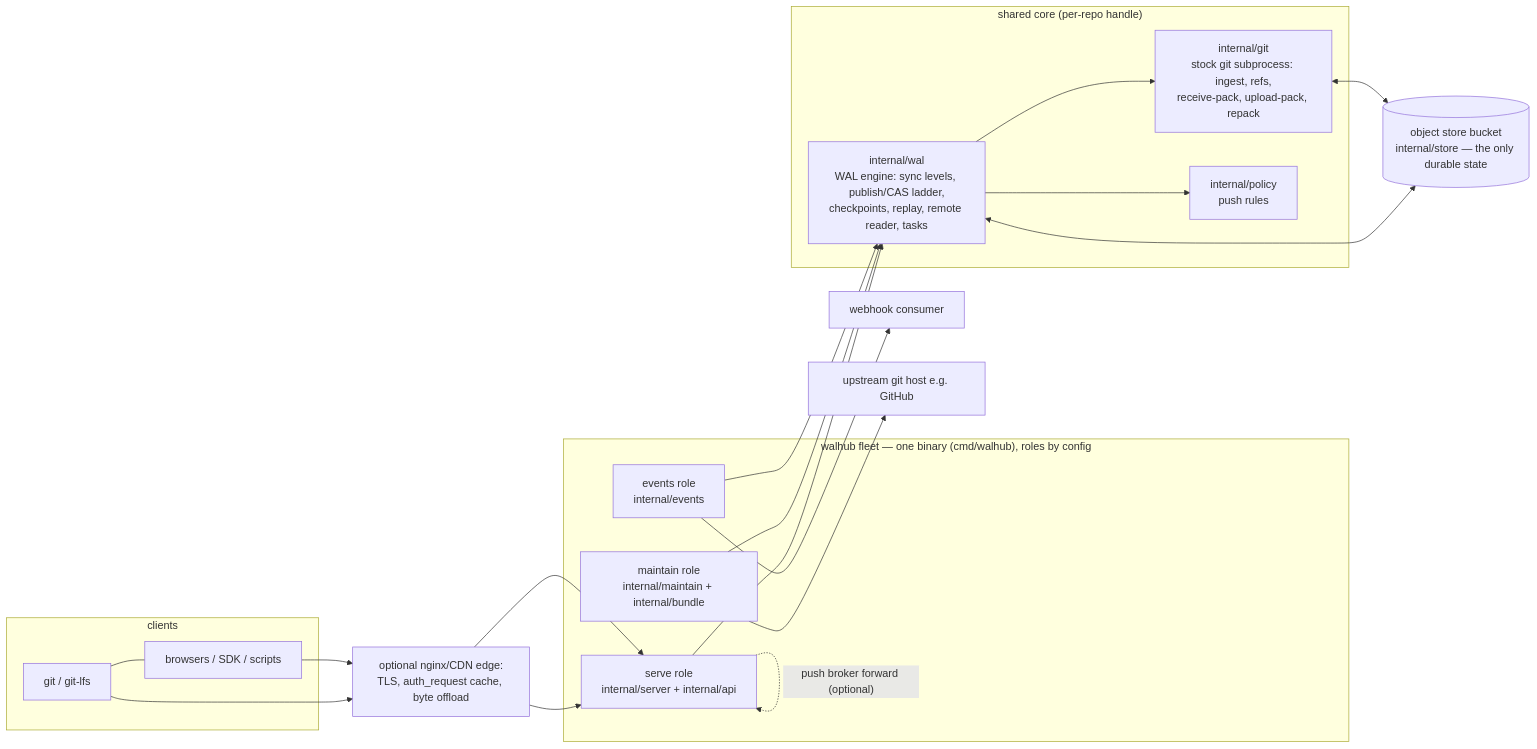
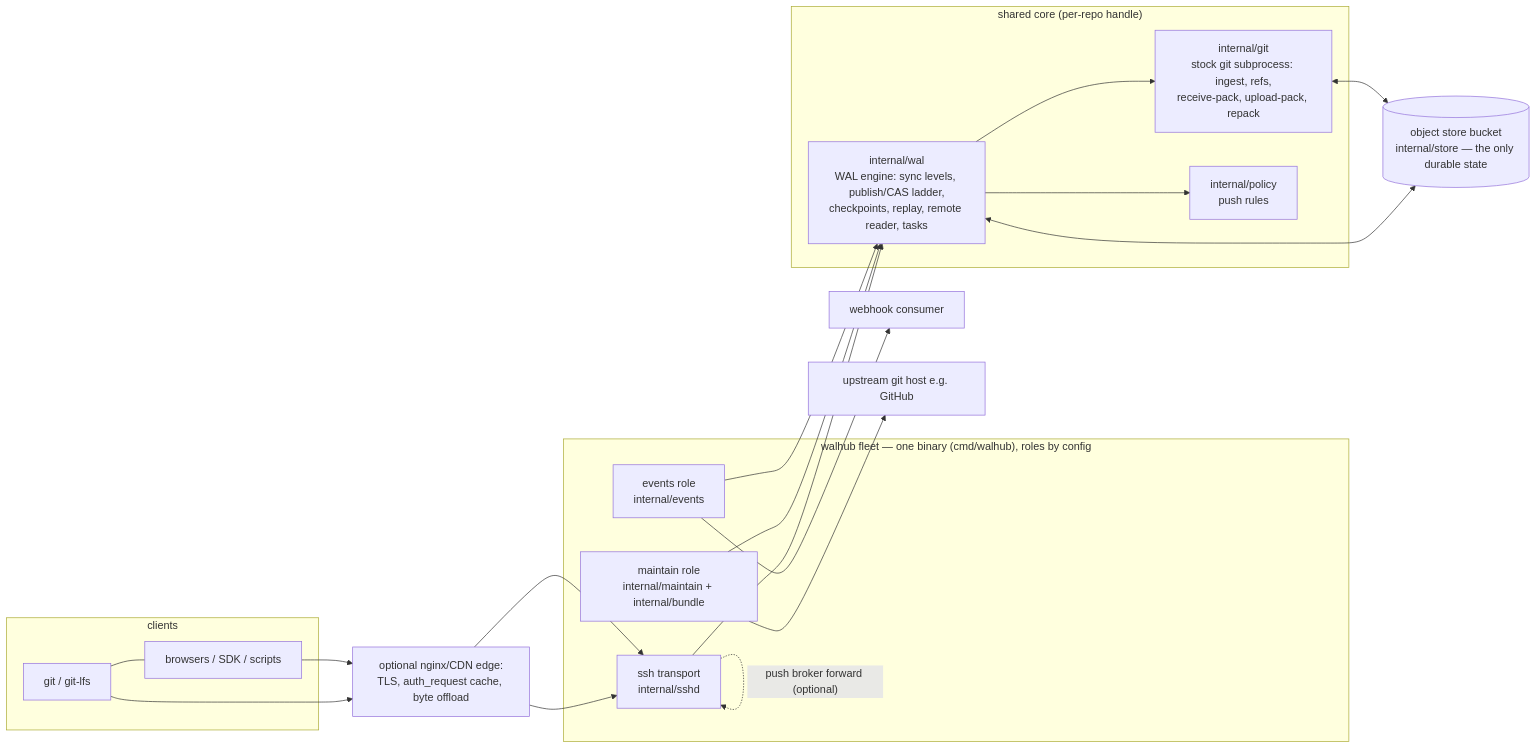
The diagram in docs/go/01_overview.md (crueber/walhub), drawn with Mermaid before and after one commit. The commit also changed other lines of this file and 27 other files, not shown here.

````diff
--- a/docs/go/01_overview.md
+++ b/docs/go/01_overview.md
@@ -144,32 +144,33 @@
 ```mermaid
 flowchart LR
   subgraph clients
     G["git / git-lfs"] --- B["browsers / SDK / scripts"]
   end
   subgraph fleet["walhub fleet — one binary (cmd/walhub), roles by config"]
     S["serve role<br/>internal/server + internal/api"]
     M["maintain role<br/>internal/maintain + internal/bundle"]
+    S["ssh transport<br/>internal/sshd"]
     E["events role<br/>internal/events"]
   end
   subgraph core["shared core (per-repo handle)"]
     WAL["internal/wal<br/>WAL engine: sync levels, publish/CAS ladder,<br/>checkpoints, replay, remote reader, tasks"]
     GIT["internal/git<br/>stock git subprocess: ingest, refs,<br/>receive-pack, upload-pack, repack"]
     POL["internal/policy<br/>push rules"]
   end
   K[("object store bucket<br/>internal/store — the only durable state")]
   N["optional nginx/CDN edge:<br/>TLS, auth_request cache, byte offload"]
   W[webhook consumer]
   U[upstream git host e.g. GitHub]
   G --> N --> S
   B --> N --> S
   S --> WAL
   M --> WAL
   E --> WAL
   WAL --> GIT
   WAL --> POL
   WAL <--> K
   GIT <--> K
   E --> W
   M --> U
   S -. "push broker forward (optional)" .-> S
 ```
````
